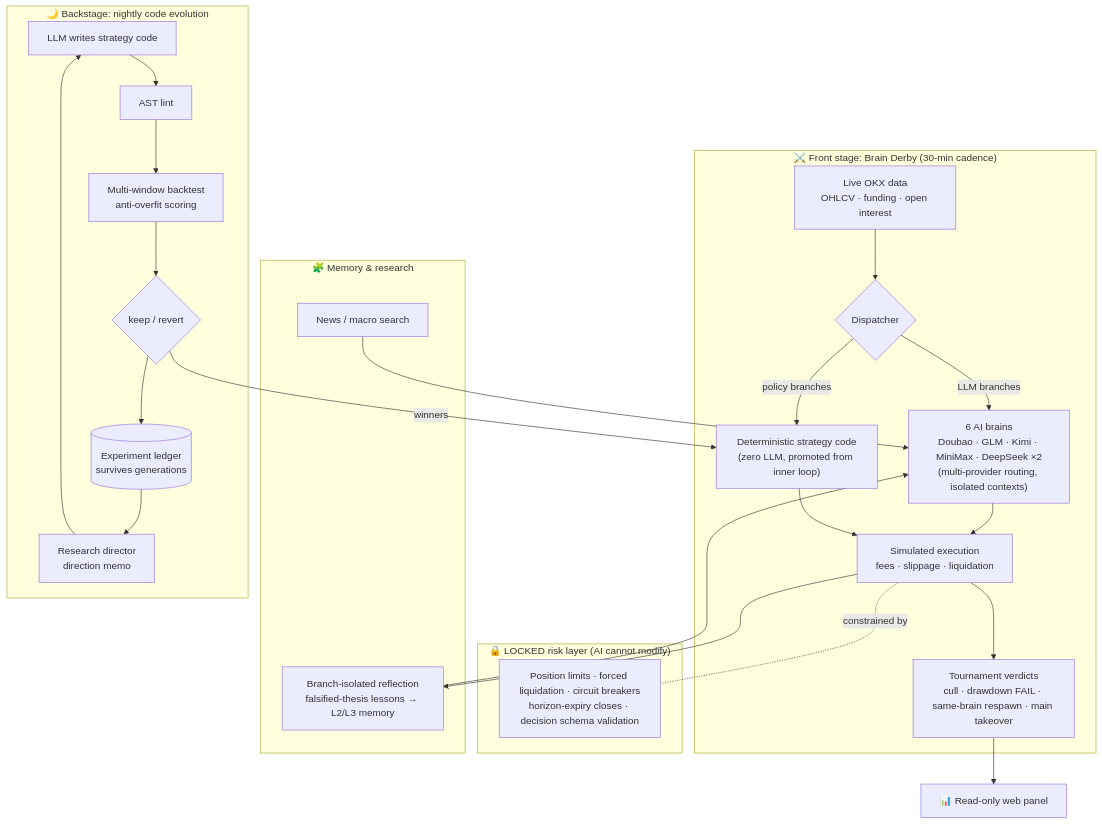
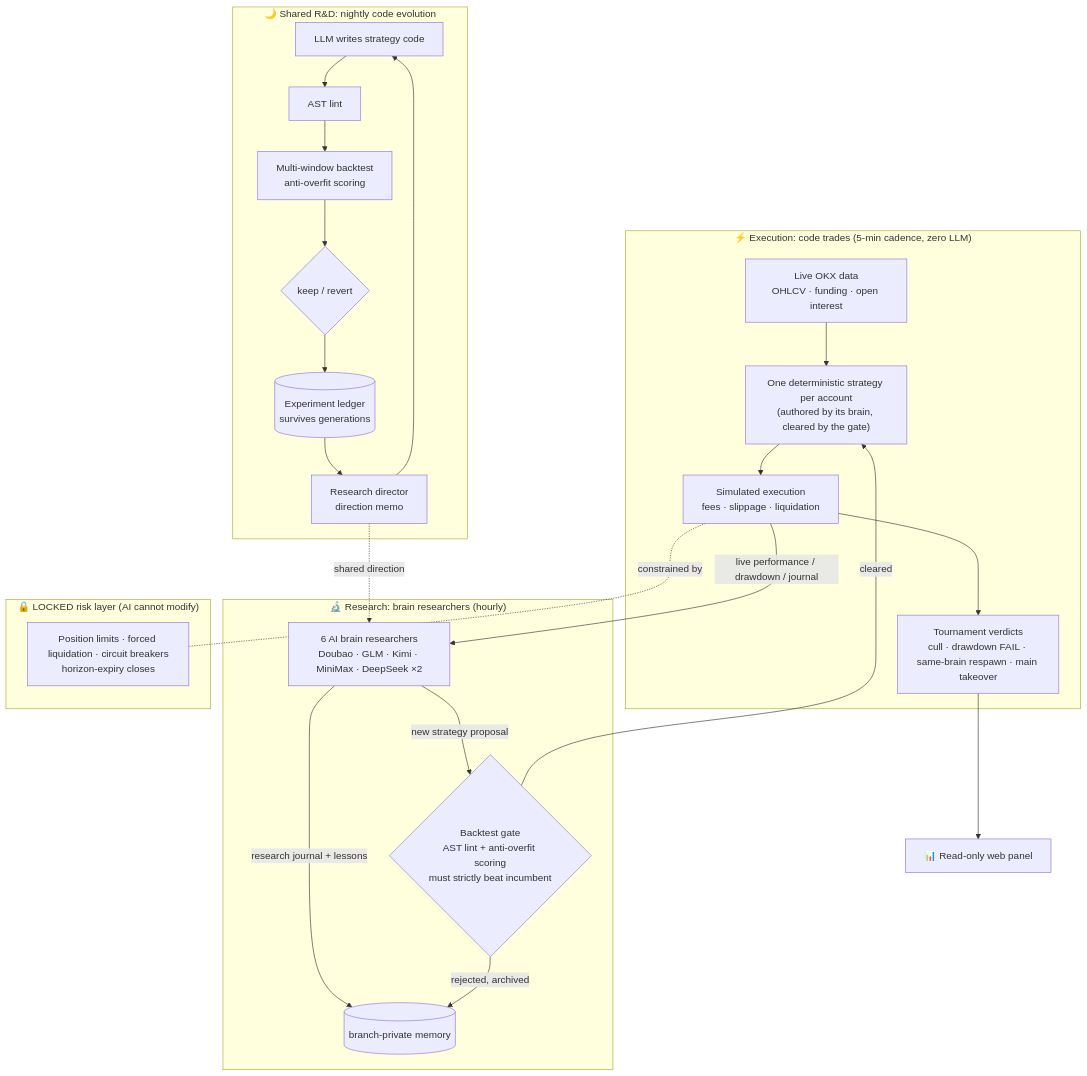
Before and after one commit to Yi-111-a/alphaloop-crypto: the diagram in README.en.md, drawn with Mermaid. The commit also changed other lines of this file and 8 other files, not shown here.

````diff
--- a/README.en.md
+++ b/README.en.md
@@ -37,30 +42,30 @@
 ```mermaid
 flowchart TB
-    subgraph FRONT["⚔️ Front stage: Brain Derby (30-min cadence)"]
-        MKT[Live OKX data<br/>OHLCV · funding · open interest] --> DISPATCH{Dispatcher}
-        DISPATCH -->|LLM branches| BRAINS["6 AI brains<br/>Doubao · GLM · Kimi · MiniMax · DeepSeek ×2<br/>(multi-provider routing, isolated contexts)"]
-        DISPATCH -->|policy branches| POLICY["Deterministic strategy code<br/>(zero LLM, promoted from inner loop)"]
-        BRAINS --> SIM[Simulated execution<br/>fees · slippage · liquidation]
-        POLICY --> SIM
+    subgraph EXEC["⚡ Execution: code trades (5-min cadence, zero LLM)"]
+        MKT[Live OKX data<br/>OHLCV · funding · open interest] --> POLICY["One deterministic strategy per account<br/>(authored by its brain, cleared by the gate)"]
+        POLICY --> SIM[Simulated execution<br/>fees · slippage · liquidation]
         SIM --> TOUR["Tournament verdicts<br/>cull · drawdown FAIL · same-brain respawn · main takeover"]
     end
 
-    subgraph LOCKED["🔒 LOCKED risk layer (AI cannot modify)"]
-        SIM -.constrained by.- RISK[Position limits · forced liquidation · circuit breakers<br/>horizon-expiry closes · decision schema validation]
+    subgraph RESEARCH["🔬 Research: brain researchers (hourly)"]
+        BRAINS["6 AI brain researchers<br/>Doubao · GLM · Kimi · MiniMax · DeepSeek ×2"]
+        SIM -->|live performance / drawdown / journal| BRAINS
+        BRAINS -->|research journal + lessons| JOURNAL[(branch-private memory)]
+        BRAINS -->|new strategy proposal| GATE{Backtest gate<br/>AST lint + anti-overfit scoring<br/>must strictly beat incumbent}
+        GATE -->|cleared| POLICY
+        GATE -->|rejected, archived| JOURNAL
     end
 
-    subgraph MEMORY["🧩 Memory & research"]
-        SIM --> REFL["Branch-isolated reflection<br/>falsified-thesis lessons → L2/L3 memory"]
-        REFL --> BRAINS
-        NEWS[News / macro search] --> BRAINS
+    subgraph LOCKED["🔒 LOCKED risk layer (AI cannot modify)"]
+        SIM -.constrained by.- RISK[Position limits · forced liquidation · circuit breakers<br/>horizon-expiry closes]
     end
 
-    subgraph BACK["🌙 Backstage: nightly code evolution"]
+    subgraph BACK["🌙 Shared R&D: nightly code evolution"]
         GEN[LLM writes strategy code] --> LINT[AST lint] --> BT[Multi-window backtest<br/>anti-overfit scoring] --> KEEP{keep / revert}
-        KEEP -->|winners| POLICY
         KEEP --> LEDGER[(Experiment ledger<br/>survives generations)]
         LEDGER --> DIRECTOR[Research director<br/>direction memo] --> GEN
+        DIRECTOR -.shared direction.-> BRAINS
     end
 
     TOUR --> PANEL[📊 Read-only web panel]
 ```
````
